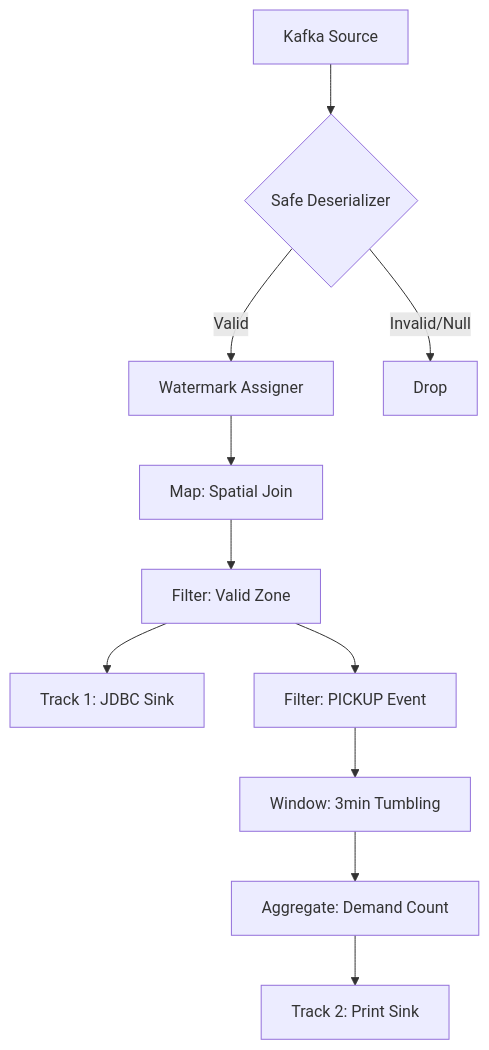
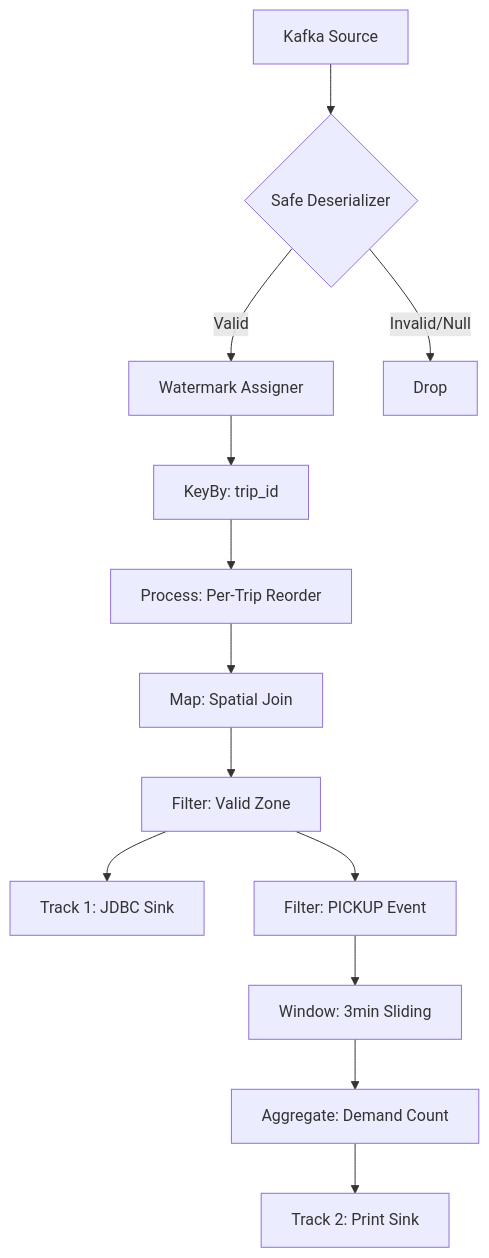
The diagram in infra/flink/Explanation.md (YBIGTA/27th-DE-WinterProject), drawn with Mermaid before and after one commit. The commit also changed other lines of this file and 6 other files, not shown here.

Commit message:
feat: add event-time reordering and sliding window logic for taxi demand

````diff
--- a/infra/flink/Explanation.md
+++ b/infra/flink/Explanation.md
@@ -22,24 +25,17 @@
 ```mermaid
 
 flowchart TD
 
     A[Kafka Source] --> B{Safe Deserializer}
-
     B -- Valid --> C[Watermark Assigner]
-
     B -- Invalid/Null --> D[Drop]
-
-    C --> E[Map: Spatial Join]
-
-    E --> F[Filter: Valid Zone]
-
-    F --> G[Track 1: JDBC Sink]
-
-    F --> H[Filter: PICKUP Event]
-
-    H --> I[Window: 3min Tumbling]
-
-    I --> J[Aggregate: Demand Count]
-
-    J --> K[Track 2: Print Sink]
+    C --> E[KeyBy: trip_id]
+    E --> F[Process: Per-Trip Reorder]
+    F --> G[Map: Spatial Join]
+    G --> H[Filter: Valid Zone]
+    H --> I[Track 1: JDBC Sink]
+    H --> J[Filter: PICKUP Event]
+    J --> K[Window: 3min Sliding]
+    K --> L[Aggregate: Demand Count]
+    L --> M[Track 2: Print Sink]
 ```
````
